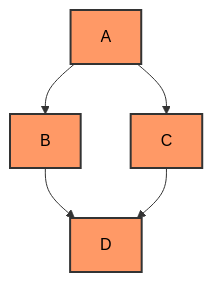
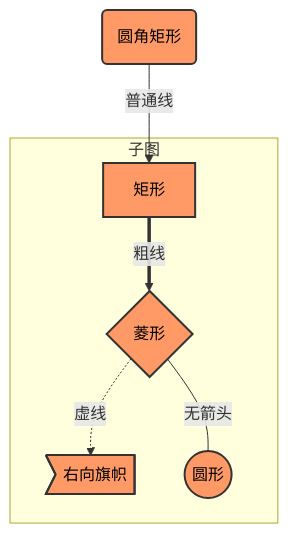
One commit to YeMao-Zi/YeMao-Zi.github.io changed the first of 5 diagrams in docs/05.更多/10.实用技巧/45.博客技巧.md. Above: the diagram before and after it, drawn with Mermaid. The commit also changed other lines of this file and 3 other files, not shown here.

````diff
--- a/docs/05.更多/10.实用技巧/45.博客技巧.md
+++ b/docs/05.更多/10.实用技巧/45.博客技巧.md
@@ -552,9 +536,11 @@
 ```mermaid
-graph TD;
-    A-->B;
-    A-->C;
-    B-->D;
-    C-->D;
+graph TB
+  id1(圆角矩形)--普通线-->id2[矩形];
+  subgraph 子图
+   id2==粗线==>id3{菱形}
+   id3-.虚线.->id4>右向旗帜]
+   id3--无箭头---id5((圆形))
+  end
 
 classDef default fill:#f96,stroke:#333,stroke-width:2px,color:black;
 ```
````
